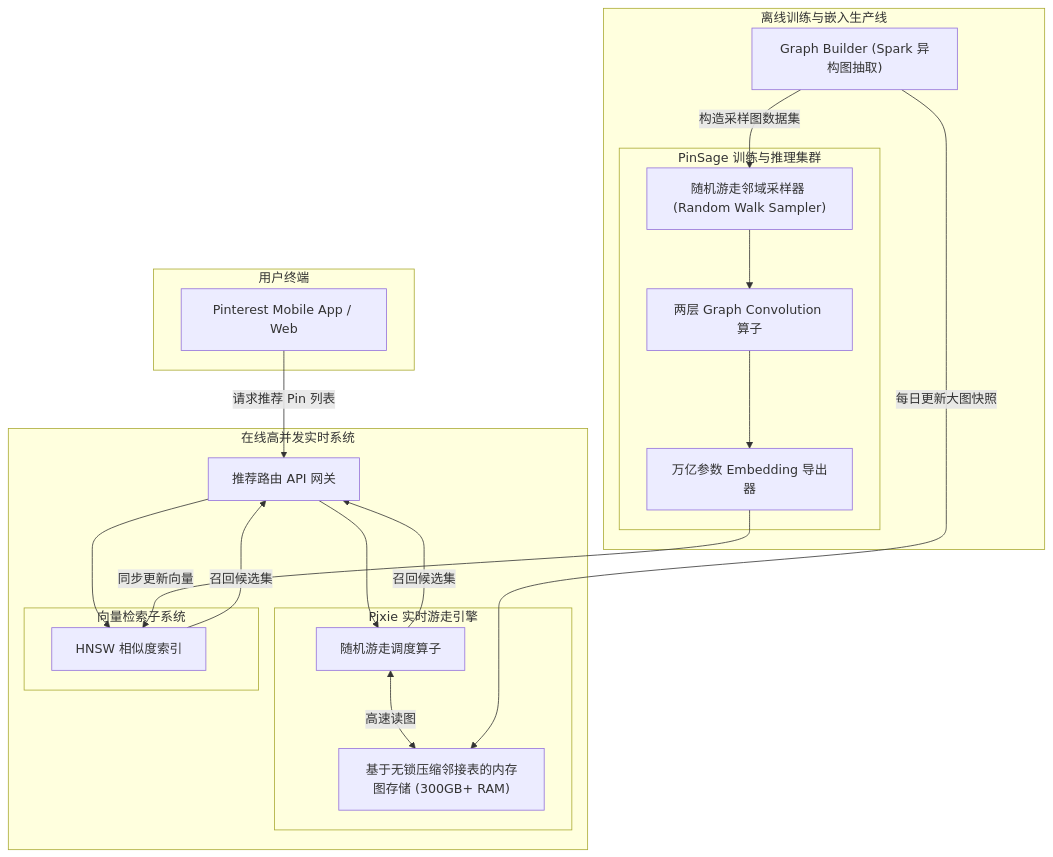
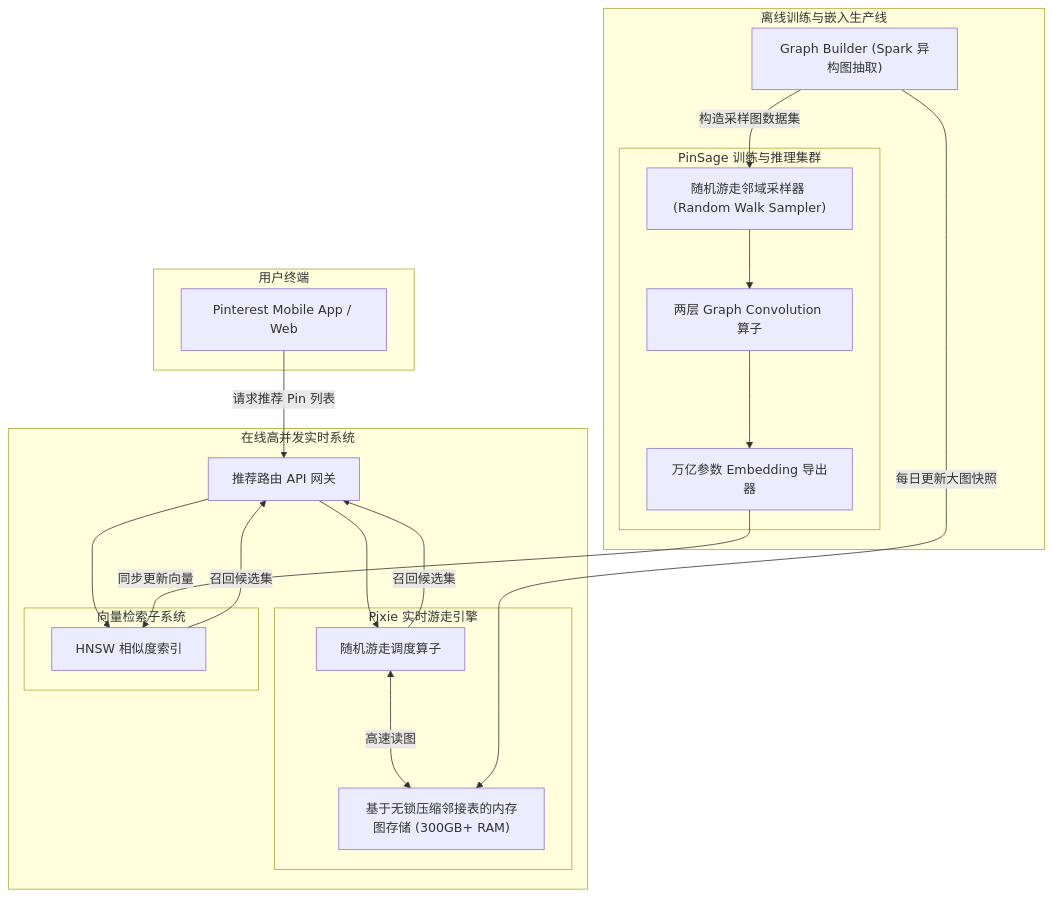
The third of 5 diagrams in docs/atlas/pinterest.mdx (koosai/AI-Architect-Learning), drawn with Mermaid before and after one commit. The commit also changed 68 other files, not shown here.

Commit message:
fix(atlas): fix browser client-side Mermaid rendering for mindmaps and flowcharts across 67 case studies

````diff
--- a/docs/atlas/pinterest.mdx
+++ b/docs/atlas/pinterest.mdx
@@ -108,40 +108,40 @@
 ```mermaid
 graph TB
   subgraph ClientApp["用户终端"]
     UI["Pinterest Mobile App / Web"]
   end
 
   subgraph OnlineSystem["在线高并发实时系统"]
     APIGateway["推荐路由 API 网关"]
     subgraph PixieEngine["Pixie 实时游走引擎"]
       PixieRunner["随机游走调度算子"]
       InMemGraph["基于无锁压缩邻接表的内存图存储 (300GB+ RAM)"]
     end
     subgraph VectorDB["向量检索子系统"]
       HNSWIndex["HNSW 相似度索引"]
     end
   end
 
   subgraph OfflineSystem["离线训练与嵌入生产线"]
     MapReduce["Graph Builder (Spark 异构图抽取)"]
     subgraph PinSageCluster["PinSage 训练与推理集群"]
       Subsampler["随机游走邻域采样器 (Random Walk Sampler)"]
       GCNLayer["两层 Graph Convolution 算子"]
       EmbeddingExporter["万亿参数 Embedding 导出器"]
     end
   end
 
   UI -->|请求推荐 Pin 列表| APIGateway
   APIGateway --> PixieRunner
-  PixieRunner <-->|高速读图| InMemGraph
+  PixieRunner <--->|高速读图| InMemGraph
   APIGateway --> HNSWIndex
   
   MapReduce -->|每日更新大图快照| InMemGraph
   MapReduce -->|构造采样图数据集| Subsampler
   Subsampler --> GCNLayer
   GCNLayer --> EmbeddingExporter
   EmbeddingExporter -->|同步更新向量| HNSWIndex
   
   PixieRunner -->|召回候选集| APIGateway
   HNSWIndex -->|召回候选集| APIGateway
 ```
````
